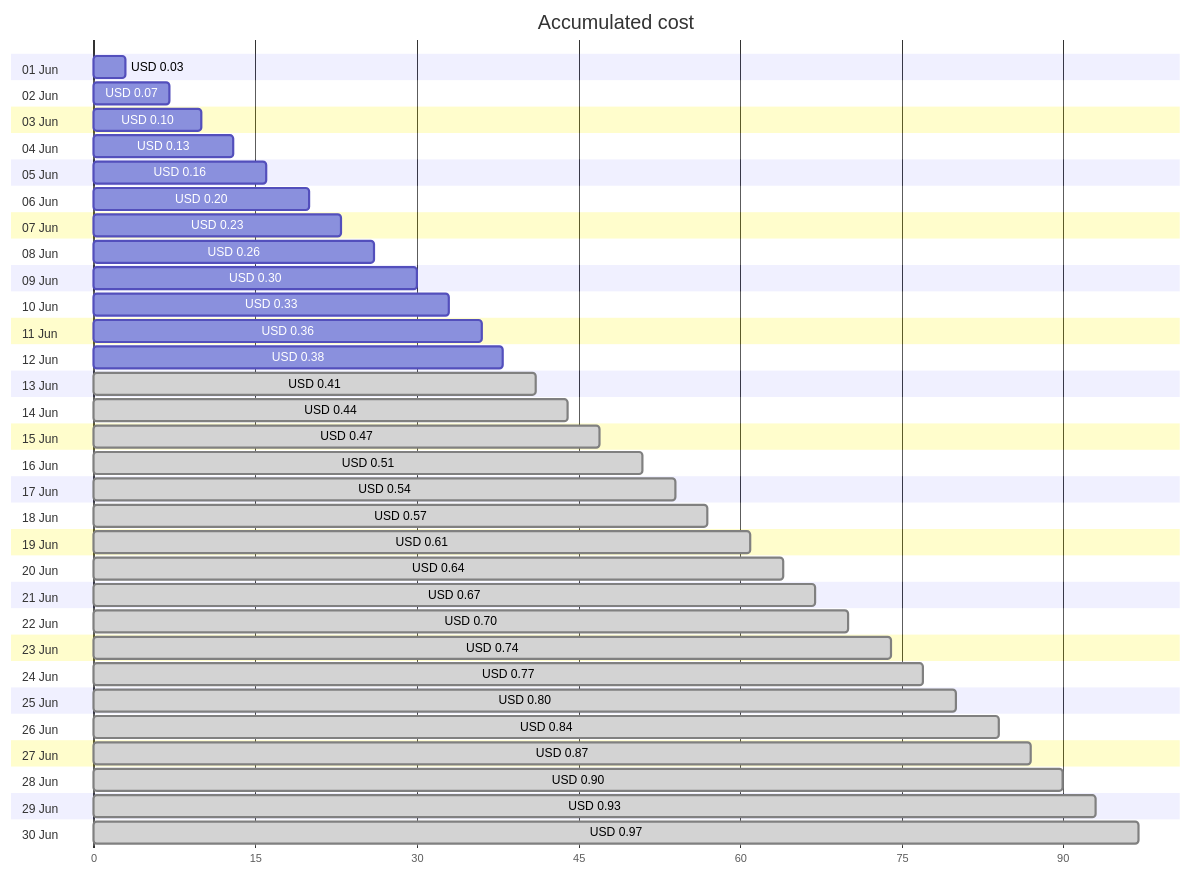
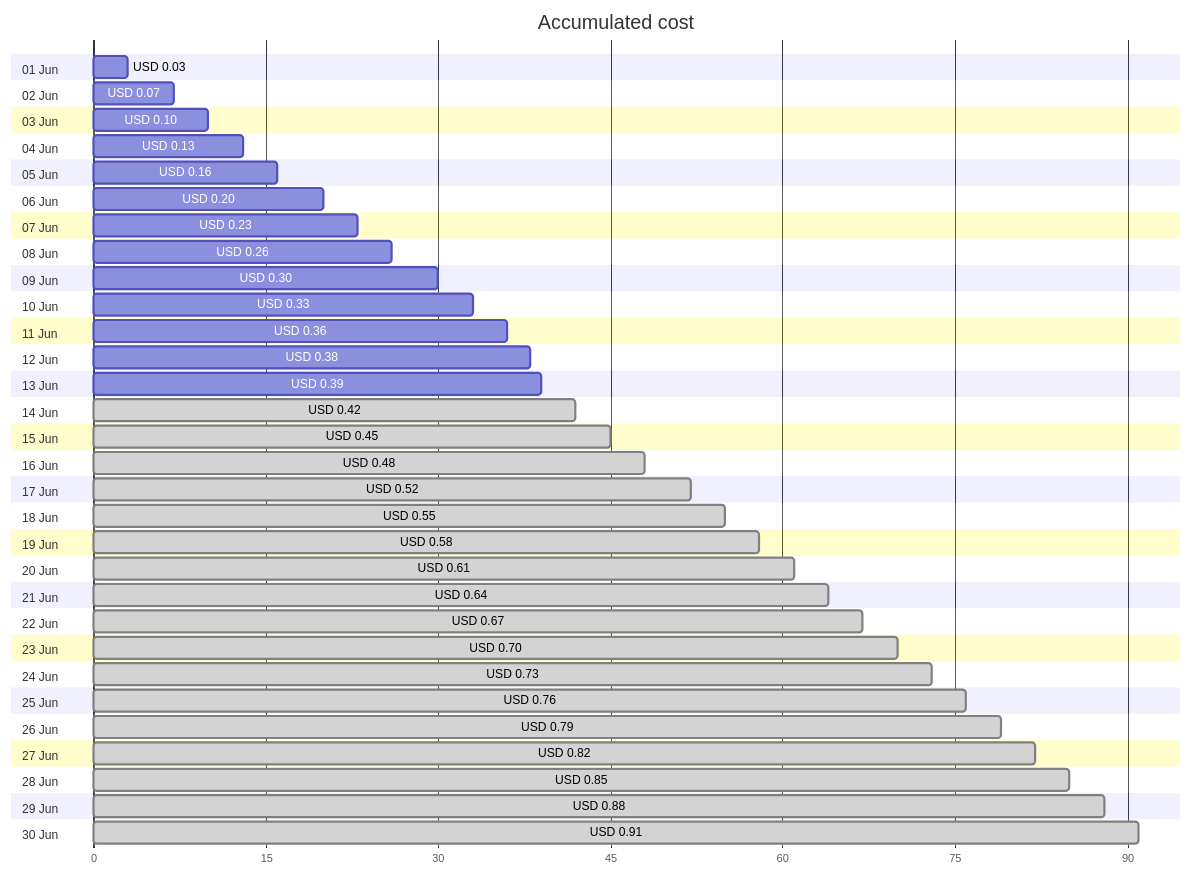
Before and after one commit to jpfulton/azure-personal-reports: the first of 4 diagrams in cost-reports/personal-dns/README.md, drawn with Mermaid. The commit also changed other lines of this file and 2 other files, not shown here.

Commit message:
Generated reports [skip ci]

````diff
--- a/cost-reports/personal-dns/README.md
+++ b/cost-reports/personal-dns/README.md
@@ -20,66 +20,66 @@
 ```mermaid
 gantt
    title Accumulated cost
    dateFormat  X
    axisFormat %s
    section 01 Jun
    USD 0.03 :0, 3
    section 02 Jun
    USD 0.07 :0, 7
    section 03 Jun
    USD 0.10 :0, 10
    section 04 Jun
    USD 0.13 :0, 13
    section 05 Jun
    USD 0.16 :0, 16
    section 06 Jun
    USD 0.20 :0, 20
    section 07 Jun
    USD 0.23 :0, 23
    section 08 Jun
    USD 0.26 :0, 26
    section 09 Jun
    USD 0.30 :0, 30
    section 10 Jun
    USD 0.33 :0, 33
    section 11 Jun
    USD 0.36 :0, 36
    section 12 Jun
    USD 0.38 :0, 38
    section 13 Jun
-   USD 0.41 : done, 0, 41
+   USD 0.39 :0, 39
    section 14 Jun
-   USD 0.44 : done, 0, 44
+   USD 0.42 : done, 0, 42
    section 15 Jun
-   USD 0.47 : done, 0, 47
+   USD 0.45 : done, 0, 45
    section 16 Jun
-   USD 0.51 : done, 0, 51
+   USD 0.48 : done, 0, 48
    section 17 Jun
-   USD 0.54 : done, 0, 54
+   USD 0.52 : done, 0, 52
    section 18 Jun
-   USD 0.57 : done, 0, 57
+   USD 0.55 : done, 0, 55
    section 19 Jun
+   USD 0.58 : done, 0, 58
+   section 20 Jun
    USD 0.61 : done, 0, 61
-   section 20 Jun
+   section 21 Jun
    USD 0.64 : done, 0, 64
-   section 21 Jun
+   section 22 Jun
    USD 0.67 : done, 0, 67
-   section 22 Jun
+   section 23 Jun
    USD 0.70 : done, 0, 70
-   section 23 Jun
-   USD 0.74 : done, 0, 74
    section 24 Jun
-   USD 0.77 : done, 0, 77
+   USD 0.73 : done, 0, 73
    section 25 Jun
-   USD 0.80 : done, 0, 80
+   USD 0.76 : done, 0, 76
    section 26 Jun
-   USD 0.84 : done, 0, 84
+   USD 0.79 : done, 0, 79
    section 27 Jun
-   USD 0.87 : done, 0, 87
+   USD 0.82 : done, 0, 82
    section 28 Jun
-   USD 0.90 : done, 0, 90
+   USD 0.85 : done, 0, 85
    section 29 Jun
-   USD 0.93 : done, 0, 93
+   USD 0.88 : done, 0, 88
    section 30 Jun
-   USD 0.97 : done, 0, 97
+   USD 0.91 : done, 0, 91
 ```
````
